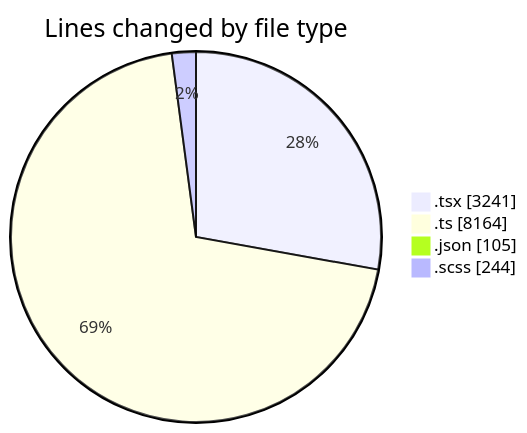
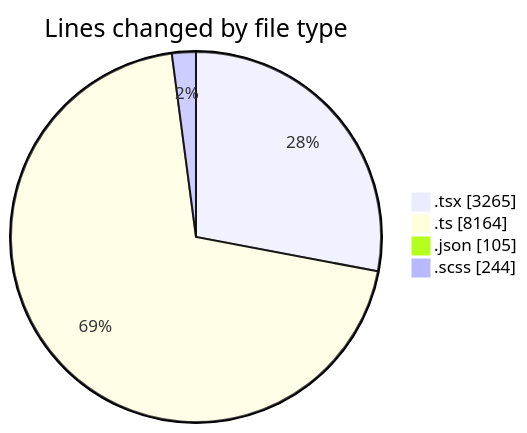
One commit to momahboobian/code-tracking changed the first of 2 diagrams in 2025-07-09/cda/README.md. Above: the diagram before and after it, drawn with Mermaid. The commit also changed other lines of this file and 1 other file, not shown here.

````diff
--- a/2025-07-09/cda/README.md
+++ b/2025-07-09/cda/README.md
@@ -39,8 +39,8 @@
 ```mermaid
 pie showData
 title Lines changed by file type
-".tsx" : 3241
+".tsx" : 3265
 ".ts" : 8164
 ".json" : 105
 ".scss" : 244
 ```
````
